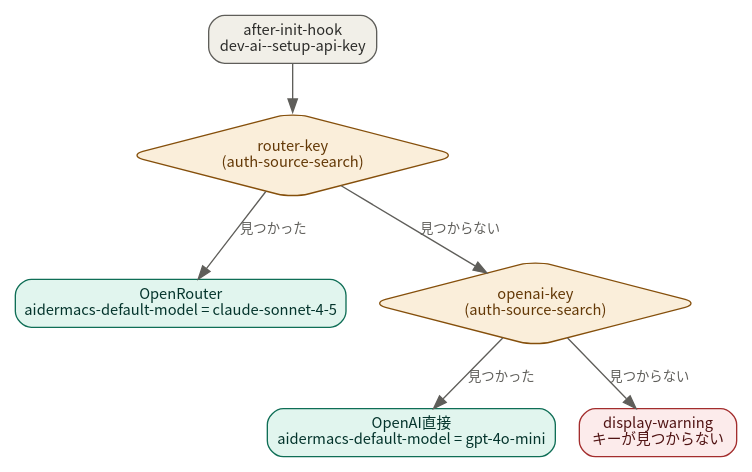
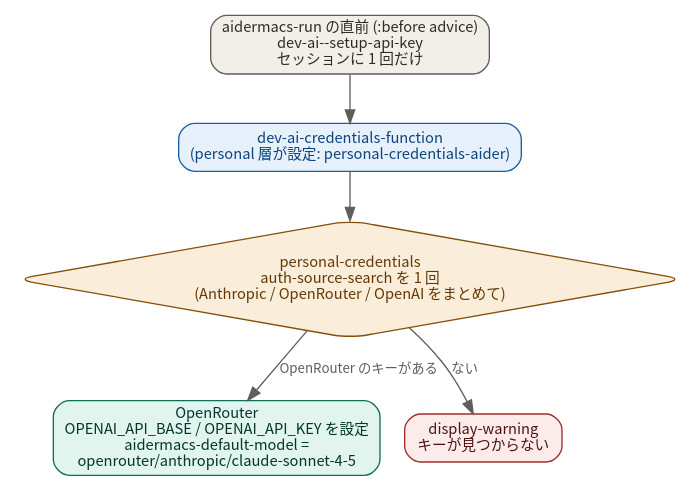
Before and after one commit to ac1965/.emacs.d: diagram 14 of 15 in README.org, drawn with Graphviz. The commit also changed other lines of this file and 5 other files, not shown here.

First line of the commit message:
docs(README): 散文と図を実コードに合わせる

```diff
--- a/README.org
+++ b/README.org
@@ -2096,22 +2111,20 @@
 #+begin_src dot
 digraph dev_ai_timing {
   rankdir=TB;
   bgcolor="white";
   fontname="Noto Sans CJK JP";
   node [shape=box style="rounded,filled" fontname="Noto Sans CJK JP" fontsize=11 fillcolor="#F1EFE8" color="#5F5E5A" fontcolor="#2C2C2A"];
   edge [color="#5F5E5A" fontname="Noto Sans CJK JP" fontsize=10 fontcolor="#5F5E5A"];
 
-  hook [label="after-init-hook\ndev-ai--setup-api-key"];
-  router [label="router-key\n(auth-source-search)" shape=diamond fillcolor="#FAEEDA" color="#854F0B" fontcolor="#633806"];
-  or1 [label="OpenRouter\naidermacs-default-model = claude-sonnet-4-5" fillcolor="#E1F5EE" color="#0F6E56" fontcolor="#04342C"];
-  openai [label="openai-key\n(auth-source-search)" shape=diamond fillcolor="#FAEEDA" color="#854F0B" fontcolor="#633806"];
-  or2 [label="OpenAI直接\naidermacs-default-model = gpt-4o-mini" fillcolor="#E1F5EE" color="#0F6E56" fontcolor="#04342C"];
+  hook [label="aidermacs-run の直前 (:before advice)\ndev-ai--setup-api-key\nセッションに 1 回だけ"];
+  fn [label="dev-ai-credentials-function\n(personal 層が設定: personal-credentials-aider)" fillcolor="#E6F1FB" color="#185FA5" fontcolor="#0C447C"];
+  search [label="personal-credentials\nauth-source-search を 1 回\n(Anthropic / OpenRouter / OpenAI をまとめて)" shape=diamond fillcolor="#FAEEDA" color="#854F0B" fontcolor="#633806"];
+  or1 [label="OpenRouter\nOPENAI_API_BASE / OPENAI_API_KEY を設定\naidermacs-default-model =\nopenrouter/anthropic/claude-sonnet-4-5" fillcolor="#E1F5EE" color="#0F6E56" fontcolor="#04342C"];
   warn [label="display-warning\nキーが見つからない" fillcolor="#FCEBEB" color="#A32D2D" fontcolor="#501313"];
 
-  hook -> router;
-  router -> or1 [label="見つかった"];
-  router -> openai [label="見つからない"];
-  openai -> or2 [label="見つかった"];
-  openai -> warn [label="見つからない"];
+  hook -> fn;
+  fn -> search;
+  search -> or1 [label="OpenRouter のキーがある"];
+  search -> warn [label="ない"];
 }
 #+end_src
```
